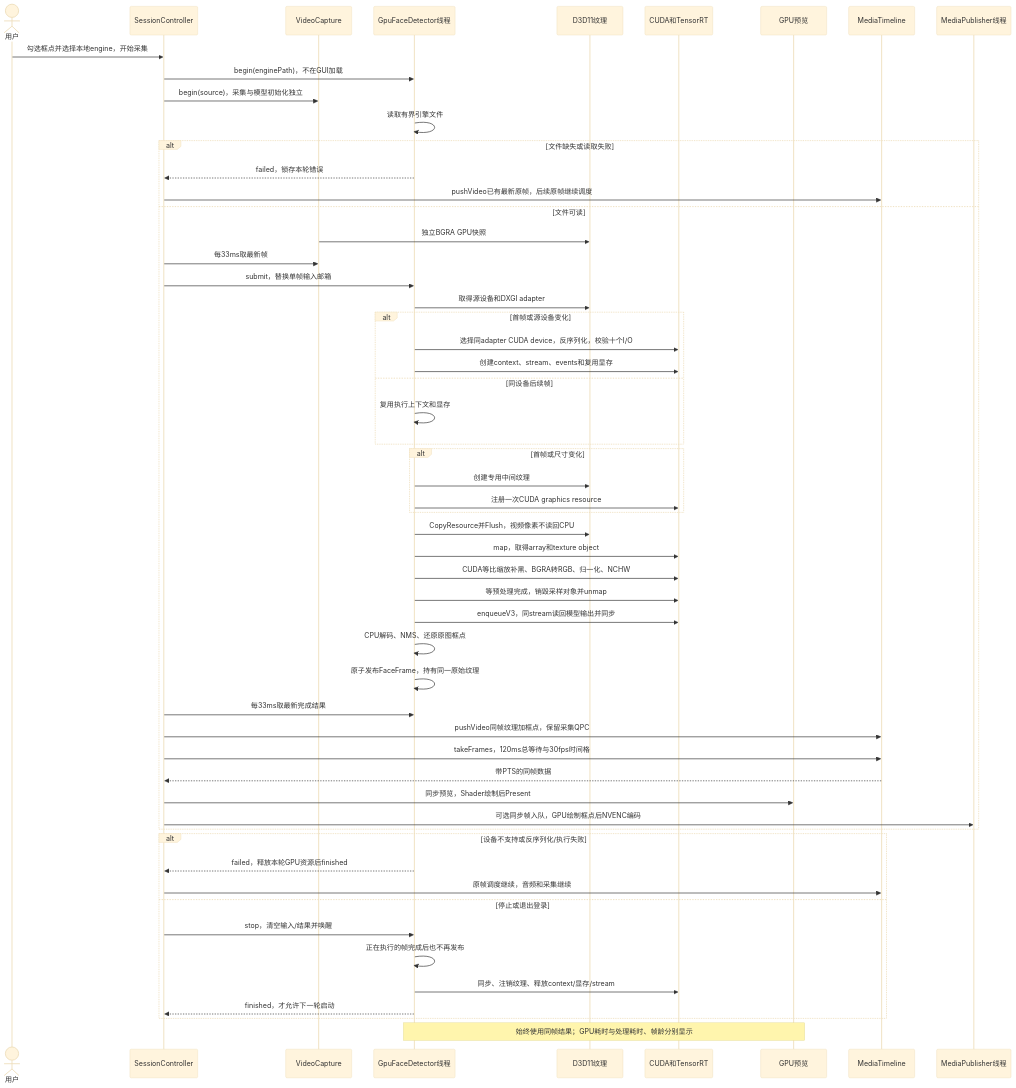
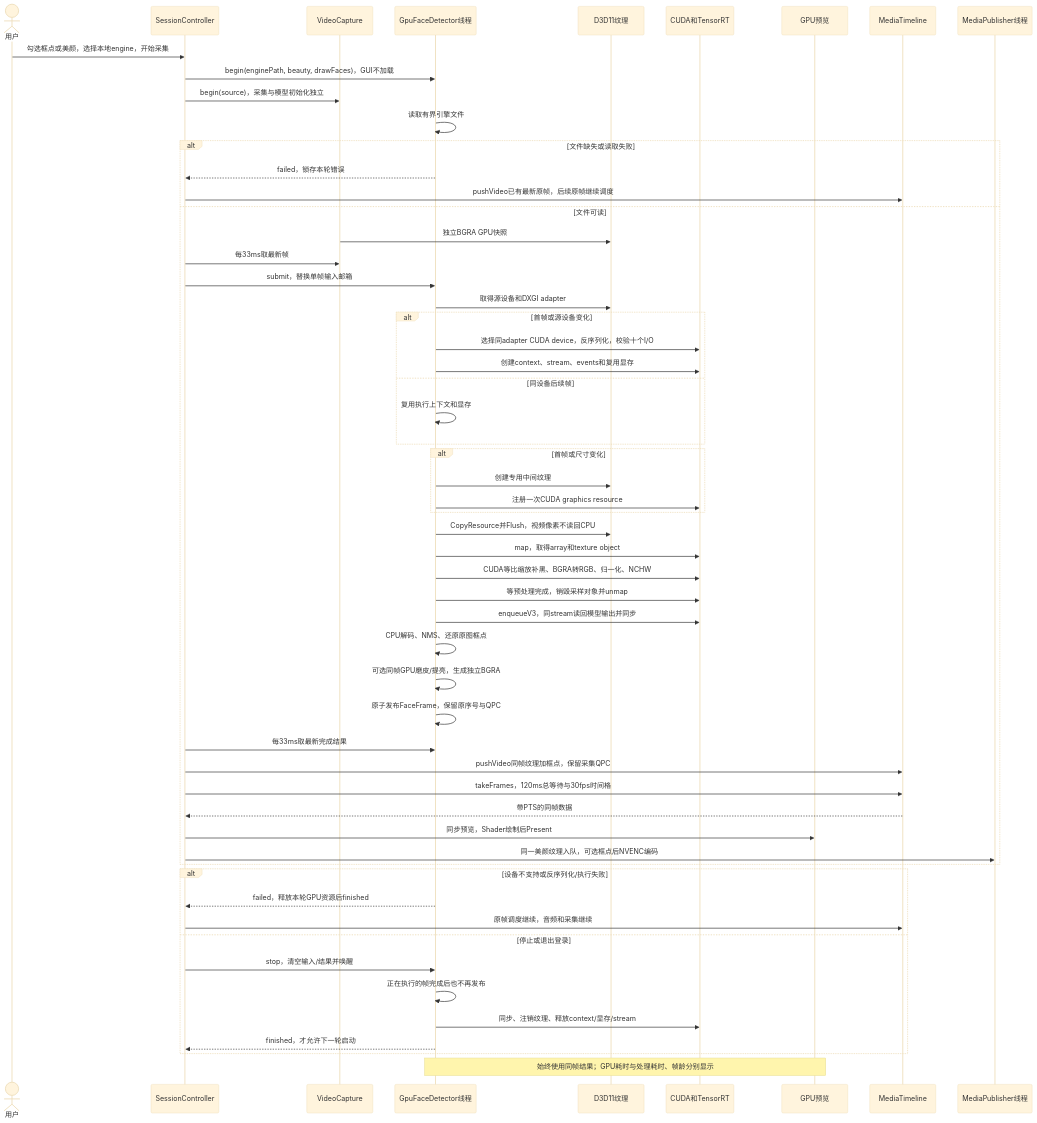
Before and after one commit to kingsman-svg/OBS: the diagram in docs/uml/gpu-face.mmd, drawn with Mermaid (base theme). The commit also changed 34 other files, not shown here.

```diff
--- a/docs/uml/gpu-face.mmd
+++ b/docs/uml/gpu-face.mmd
@@ -1,56 +1,57 @@
 sequenceDiagram
 actor U as 用户
 participant C as SessionController
 participant W as VideoCapture
 participant F as GpuFaceDetector线程
 participant D as D3D11纹理
 participant G as CUDA和TensorRT
 participant P as GPU预览
 participant T as MediaTimeline
 participant E as MediaPublisher线程
-U->>C: 勾选框点并选择本地engine，开始采集
-C->>F: begin(enginePath)，不在GUI加载
+U->>C: 勾选框点或美颜，选择本地engine，开始采集
+C->>F: begin(enginePath, beauty, drawFaces)，GUI不加载
 C->>W: begin(source)，采集与模型初始化独立
 F->>F: 读取有界引擎文件
 alt 文件缺失或读取失败
 F-->>C: failed，锁存本轮错误
 C->>T: pushVideo已有最新原帧，后续原帧继续调度
 else 文件可读
 W->>D: 独立BGRA GPU快照
 C->>W: 每33ms取最新帧
 C->>F: submit，替换单帧输入邮箱
 F->>D: 取得源设备和DXGI adapter
 alt 首帧或源设备变化
 F->>G: 选择同adapter CUDA device，反序列化，校验十个I/O
 F->>G: 创建context、stream、events和复用显存
 else 同设备后续帧
 F->>F: 复用执行上下文和显存
 end
 alt 首帧或尺寸变化
 F->>D: 创建专用中间纹理
 F->>G: 注册一次CUDA graphics resource
 end
 F->>D: CopyResource并Flush，视频像素不读回CPU
 F->>G: map，取得array和texture object
 F->>G: CUDA等比缩放补黑、BGRA转RGB、归一化、NCHW
 F->>G: 等预处理完成，销毁采样对象并unmap
 F->>G: enqueueV3，同stream读回模型输出并同步
 F->>F: CPU解码、NMS、还原原图框点
-F->>F: 原子发布FaceFrame，持有同一原始纹理
+F->>F: 可选同帧GPU磨皮/提亮，生成独立BGRA
+F->>F: 原子发布FaceFrame，保留原序号与QPC
 C->>F: 每33ms取最新完成结果
 C->>T: pushVideo同帧纹理加框点，保留采集QPC
 C->>T: takeFrames，120ms总等待与30fps时间格
 T-->>C: 带PTS的同帧数据
 C->>P: 同步预览，Shader绘制后Present
-C->>E: 可选同步帧入队，GPU绘制框点后NVENC编码
+C->>E: 同一美颜纹理入队，可选框点后NVENC编码
 end
 alt 设备不支持或反序列化/执行失败
 F-->>C: failed，释放本轮GPU资源后finished
 C->>T: 原帧调度继续，音频和采集继续
 else 停止或退出登录
 C->>F: stop，清空输入/结果并唤醒
 F->>F: 正在执行的帧完成后也不再发布
 F->>G: 同步、注销纹理、释放context/显存/stream
 F-->>C: finished，才允许下一轮启动
 end
 Note over F,P: 始终使用同帧结果；GPU耗时与处理耗时、帧龄分别显示
```
